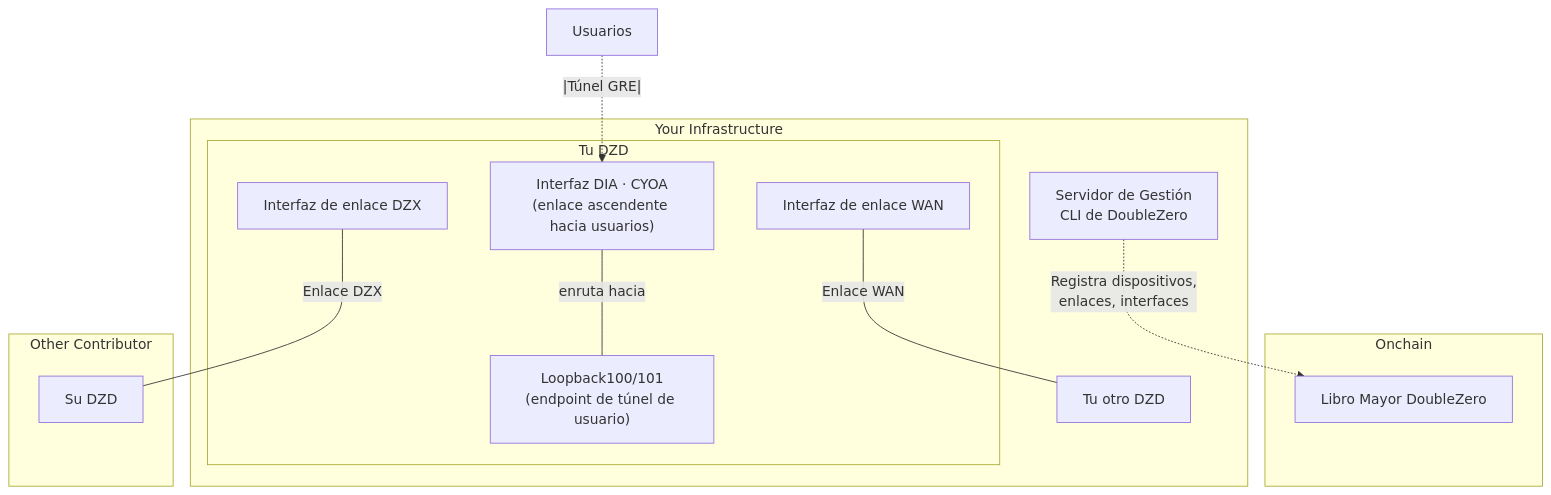
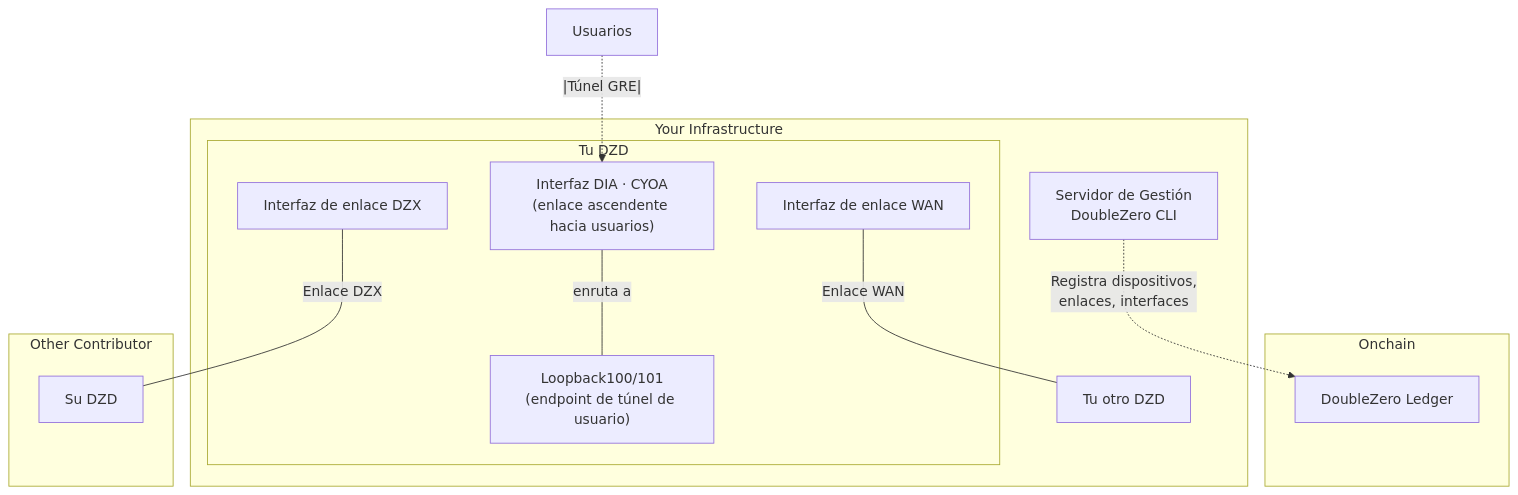
One commit to malbeclabs/docs changed the first of 13 diagrams in docs/contribute-provisioning.es.md. Above: the diagram before and after it, drawn with Mermaid. The commit also changed other lines of this file and 130 other files, not shown here.

````diff
--- a/docs/contribute-provisioning.es.md
+++ b/docs/contribute-provisioning.es.md
@@ -50,29 +50,29 @@
 ```mermaid
 flowchart TB
     subgraph Onchain
-        SC[Libro Mayor DoubleZero]
+        SC[DoubleZero Ledger]
     end
 
     subgraph Your Infrastructure
-        MGMT[Servidor de Gestión<br/>CLI de DoubleZero]
+        MGMT[Servidor de Gestión<br/>DoubleZero CLI]
         subgraph DZD[Tu DZD]
             CYOA["Interfaz DIA · CYOA<br/>(enlace ascendente hacia usuarios)"]
             WAN_INTF["Interfaz de enlace WAN"]
             DZX_INTF["Interfaz de enlace DZX"]
             LO100["Loopback100/101<br/>(endpoint de túnel de usuario)"]
         end
         DZD2[Tu otro DZD]
     end
 
     subgraph Other Contributor
         OtherDZD[Su DZD]
     end
 
     USERS["Usuarios"]
 
     MGMT -.->|Registra dispositivos,<br/>enlaces, interfaces| SC
     WAN_INTF ---|Enlace WAN| DZD2
     DZX_INTF ---|Enlace DZX| OtherDZD
     USERS -.|Túnel GRE|.-> CYOA
-    CYOA ---|enruta hacia| LO100
+    CYOA ---|enruta a| LO100
 ```
````
